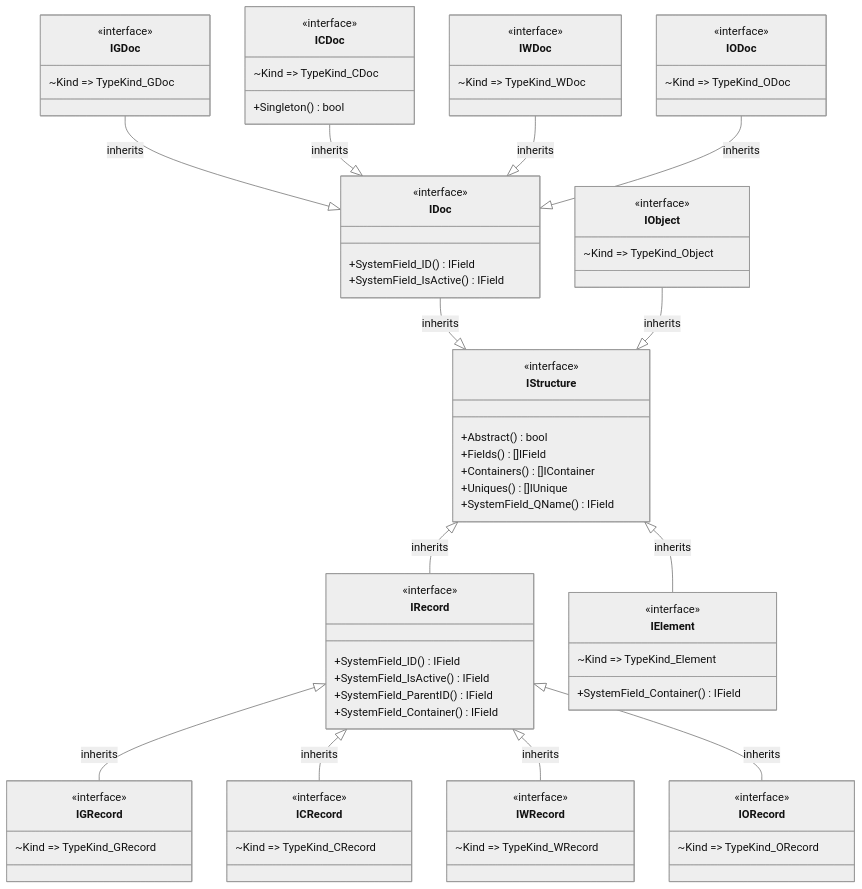
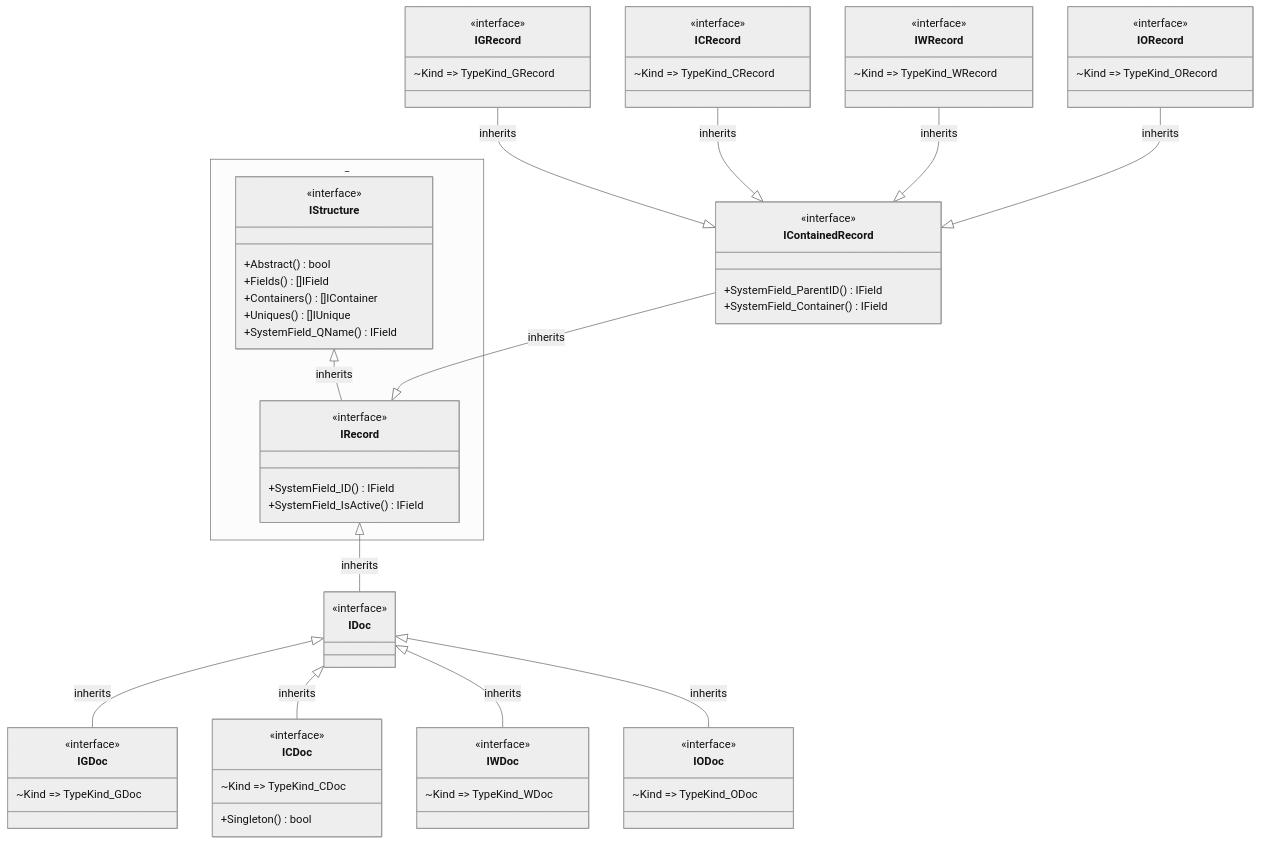
Before and after one commit to voedger/voedger: the third of 7 diagrams in pkg/appdef/README.md, drawn with Mermaid (neutral theme). The commit also changed other lines of this file, not shown here.

````diff
--- a/pkg/appdef/README.md
+++ b/pkg/appdef/README.md
@@ -359,20 +362,28 @@
 ```mermaid
 classDiagram
+    direction BT
+    namespace _ {
+        class IStructure {
+            <<interface>>
+            +Abstract() bool
+            +Fields() []IField
+            +Containers() []IContainer
+            +Uniques() []IUnique
+            +SystemField_QName() IField
+        }
 
-    class IStructure {
-        <<interface>>
-        +Abstract() bool
-        +Fields() []IField
-        +Containers() []IContainer
-        +Uniques() []IUnique
-        +SystemField_QName() IField
+        class IRecord {
+            <<interface>>
+            +SystemField_ID() IField
+            +SystemField_IsActive() IField
+        }
     }
 
-    IDoc --|> IStructure : inherits
+    IRecord --|> IStructure : inherits
+
+    IDoc --|> IRecord : inherits
     class IDoc {
         <<interface>>
-        +SystemField_ID() IField
-        +SystemField_IsActive() IField
     }
 
     IGDoc --|> IDoc : inherits
@@ -400,49 +411,34 @@
         ~Kind => TypeKind_ODoc
     }
 
-    IStructure <|-- IRecord  : inherits
-    class IRecord {
+    IRecord <|-- IContainedRecord  : inherits
+    class IContainedRecord {
         <<interface>>
-        +SystemField_ID() IField
-        +SystemField_IsActive() IField
         +SystemField_ParentID() IField
         +SystemField_Container() IField
     }
 
-    IRecord <|-- IGRecord : inherits
+    IContainedRecord <|-- IGRecord : inherits
     class IGRecord {
         <<interface>>
         ~Kind => TypeKind_GRecord
     }
 
-    IRecord <|-- ICRecord : inherits
+    IContainedRecord <|-- ICRecord : inherits
     class ICRecord {
         <<interface>>
         ~Kind => TypeKind_CRecord
     }
 
-    IRecord <|-- IWRecord : inherits
+    IContainedRecord <|-- IWRecord : inherits
     class IWRecord {
         <<interface>>
         ~Kind => TypeKind_WRecord
     }
 
-    IRecord <|-- IORecord : inherits
+    IContainedRecord <|-- IORecord : inherits
     class IORecord {
         <<interface>>
         ~Kind => TypeKind_ORecord
     }
-
-    IObject --|> IStructure : inherits
-    class IObject {
-        <<interface>>
-        ~Kind => TypeKind_Object
-    }
-
-    IStructure <|-- IElement : inherits
-    class IElement {
-        <<interface>>
-        ~Kind => TypeKind_Element
-        +SystemField_Container() IField
-    }
 ```
````
